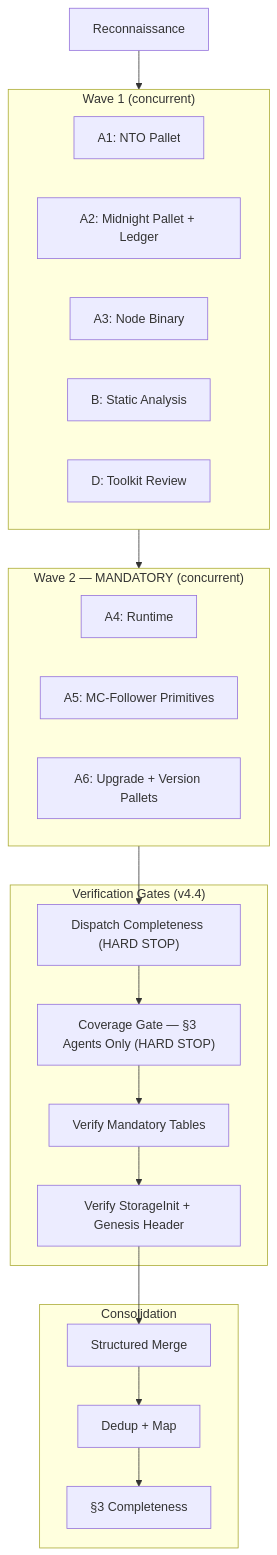
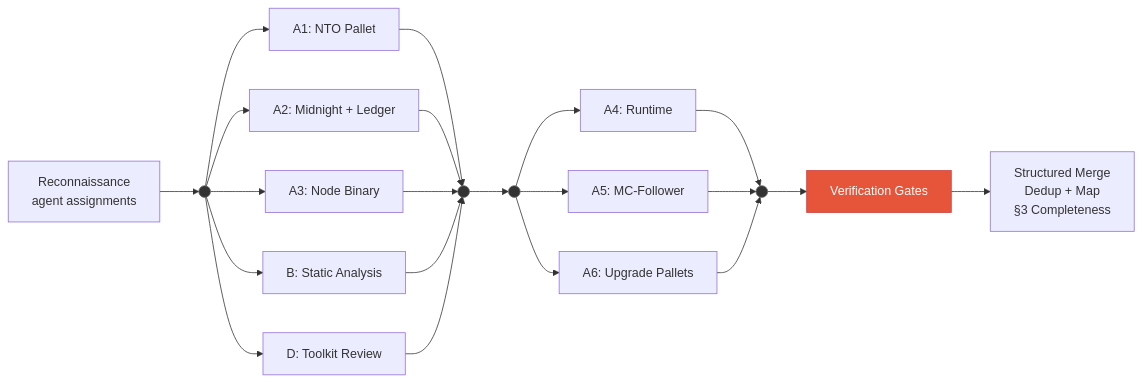
One commit to m2ux/workflow-server changed the second of 6 diagrams in substrate-node-security-audit/README.md. Above: the diagram before and after it, drawn with Mermaid. The commit also changed other lines of this file, not shown here.

````diff
--- a/substrate-node-security-audit/README.md
+++ b/substrate-node-security-audit/README.md
@@ -90,39 +91,35 @@
 ```mermaid
-graph TD
-    RECON[Reconnaissance] --> W1
+graph LR
+    REC[Reconnaissance<br/>agent assignments] --> FORK1(( ))
 
-    subgraph W1["Wave 1 (concurrent)"]
-        A1["A1: NTO Pallet"]
-        A2["A2: Midnight Pallet + Ledger"]
-        A3["A3: Node Binary"]
-        B1["B: Static Analysis"]
-        D1["D: Toolkit Review"]
-    end
+    FORK1 --> A1["A1: NTO Pallet"]
+    FORK1 --> A2["A2: Midnight + Ledger"]
+    FORK1 --> A3["A3: Node Binary"]
+    FORK1 --> B["B: Static Analysis"]
+    FORK1 --> D["D: Toolkit Review"]
 
-    W1 --> W2
+    A1 --> JOIN1(( ))
+    A2 --> JOIN1
+    A3 --> JOIN1
+    B --> JOIN1
+    D --> JOIN1
 
-    subgraph W2["Wave 2 — MANDATORY (concurrent)"]
-        A4["A4: Runtime"]
-        A5["A5: MC-Follower Primitives"]
-        A6["A6: Upgrade + Version Pallets"]
-    end
+    JOIN1 --> FORK2(( ))
 
-    W2 --> DISPATCH_CHECK
+    FORK2 --> A4["A4: Runtime"]
+    FORK2 --> A5["A5: MC-Follower"]
+    FORK2 --> A6["A6: Upgrade Pallets"]
 
-    subgraph verification["Verification Gates (v4.4)"]
-        DISPATCH_CHECK["Dispatch Completeness (HARD STOP)"]
-        COV["Coverage Gate — §3 Agents Only (HARD STOP)"]
-        VTBL["Verify Mandatory Tables"]
-        VSTO["Verify StorageInit + Genesis Header"]
-    end
+    A4 --> JOIN2(( ))
+    A5 --> JOIN2
+    A6 --> JOIN2
 
-    DISPATCH_CHECK --> COV --> VTBL --> VSTO --> MERGE
+    JOIN2 --> VER["Verification Gates"]
+    VER --> MERGE["Structured Merge<br/>Dedup + Map<br/>§3 Completeness"]
 
-    subgraph consolidation[Consolidation]
-        MERGE[Structured Merge]
-        DEDUP[Dedup + Map]
-        CHECK["§3 Completeness"]
-    end
-
-    MERGE --> DEDUP --> CHECK
+    style FORK1 fill:#333,stroke:#666,color:#333
+    style JOIN1 fill:#333,stroke:#666,color:#333
+    style FORK2 fill:#333,stroke:#666,color:#333
+    style JOIN2 fill:#333,stroke:#666,color:#333
+    style VER fill:#e6553a,stroke:#c44,color:#fff
 ```
````
